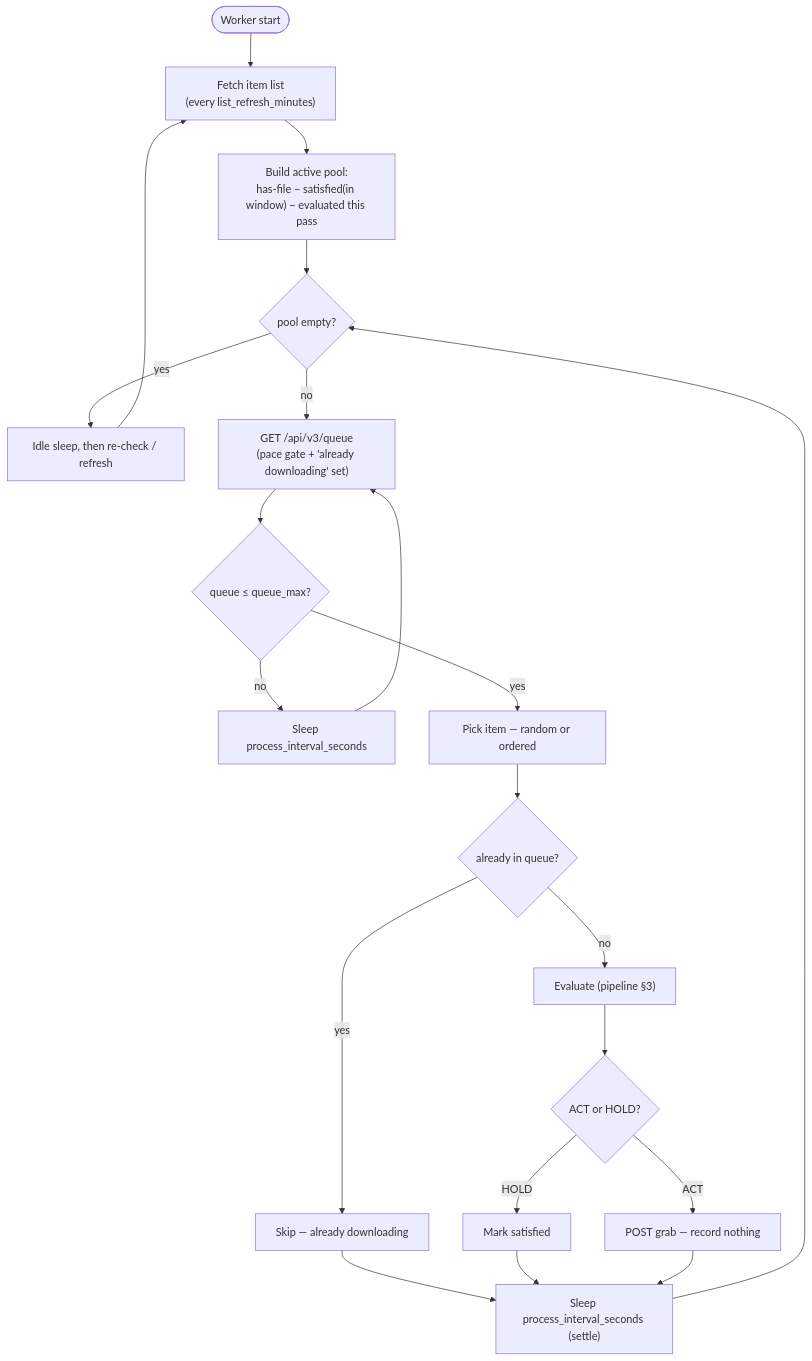
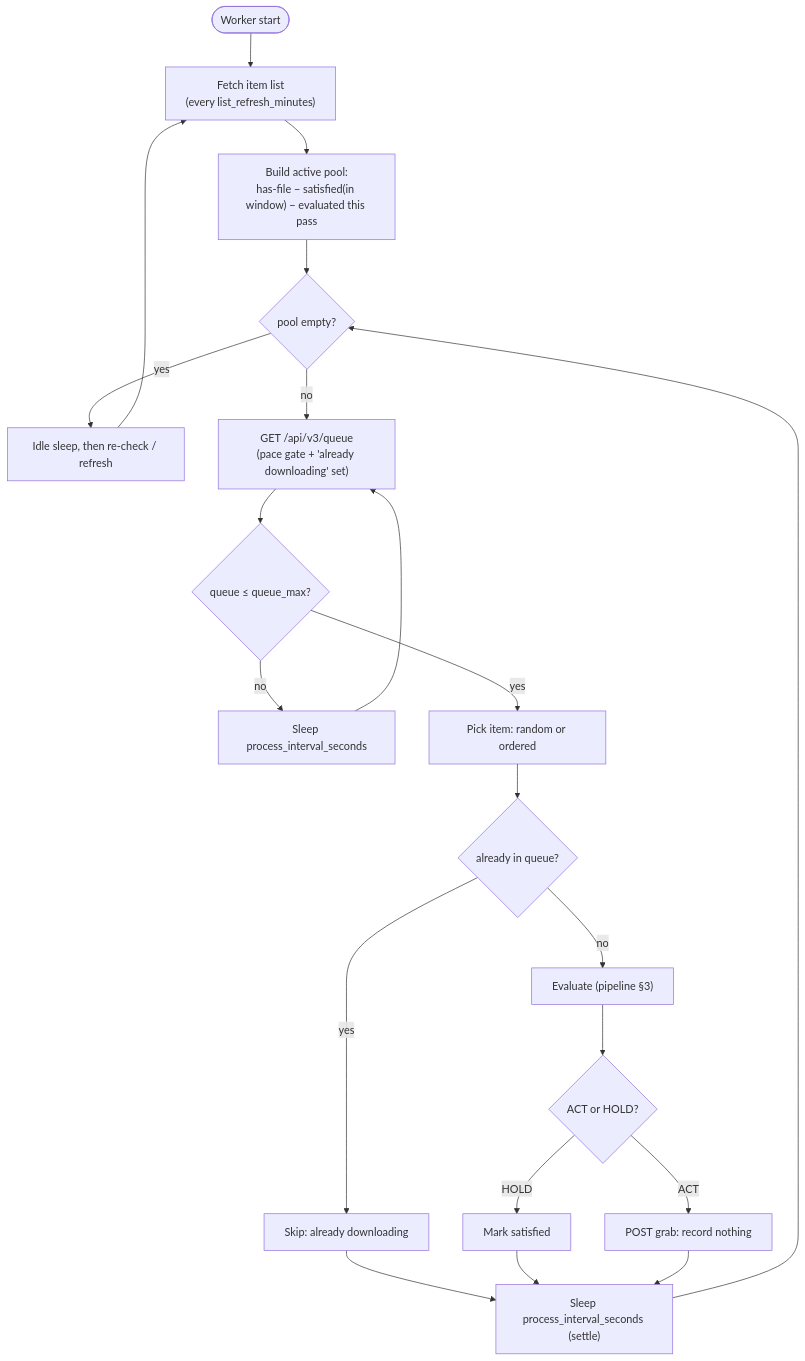
One commit to patrix87/stalearr changed the second of 3 diagrams in ALGORITHM.md. Above: the diagram before and after it, drawn with Mermaid. The commit also changed other lines of this file and 3 other files, not shown here.

````diff
--- a/ALGORITHM.md
+++ b/ALGORITHM.md
@@ -258,23 +258,23 @@
 ```mermaid
 flowchart TD
     Start(["Worker start"]) --> Refresh["Fetch item list<br/>(every list_refresh_minutes)"]
     Refresh --> Pool["Build active pool:<br/>has-file − satisfied(in window) − evaluated this pass"]
     Pool --> Empty{"pool empty?"}
     Empty -->|yes| Idle["Idle sleep, then re-check / refresh"]
     Idle --> Refresh
     Empty -->|no| Q["GET /api/v3/queue<br/>(pace gate + 'already downloading' set)"]
     Q --> Gate{"queue ≤ queue_max?"}
     Gate -->|no| WaitQ["Sleep process_interval_seconds"]
     WaitQ --> Q
-    Gate -->|yes| Pick["Pick item — random or ordered"]
+    Gate -->|yes| Pick["Pick item: random or ordered"]
     Pick --> Dl{"already in queue?"}
-    Dl -->|yes| Skip["Skip — already downloading"]
+    Dl -->|yes| Skip["Skip: already downloading"]
     Dl -->|no| Eval["Evaluate (pipeline §3)"]
     Eval --> Decide{"ACT or HOLD?"}
     Decide -->|HOLD| Sat["Mark satisfied"]
-    Decide -->|ACT| Grab["POST grab — record nothing"]
+    Decide -->|ACT| Grab["POST grab: record nothing"]
     Skip --> Settle["Sleep process_interval_seconds (settle)"]
     Sat --> Settle
     Grab --> Settle
     Settle --> Empty
 ```
````
